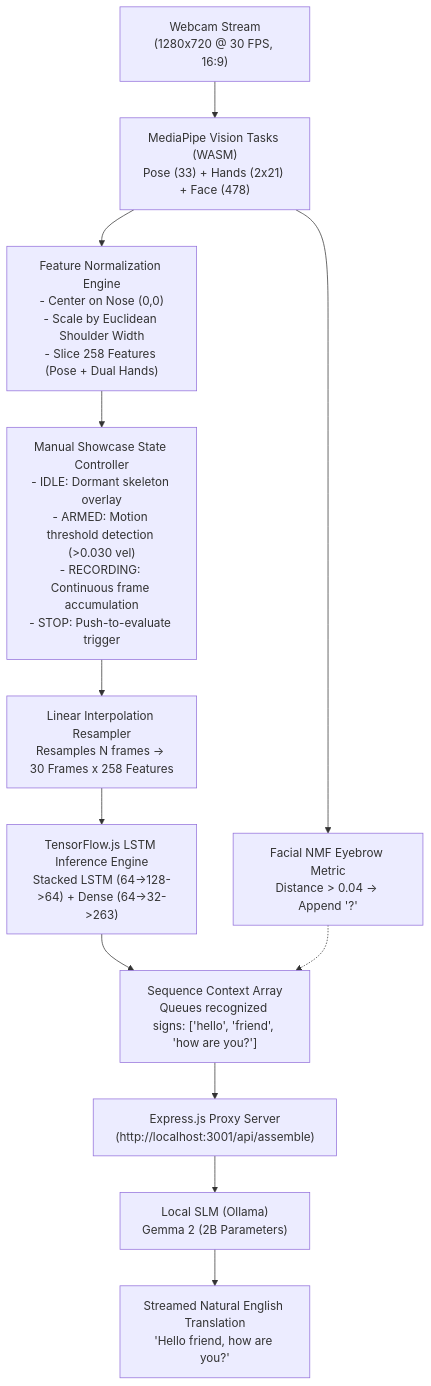
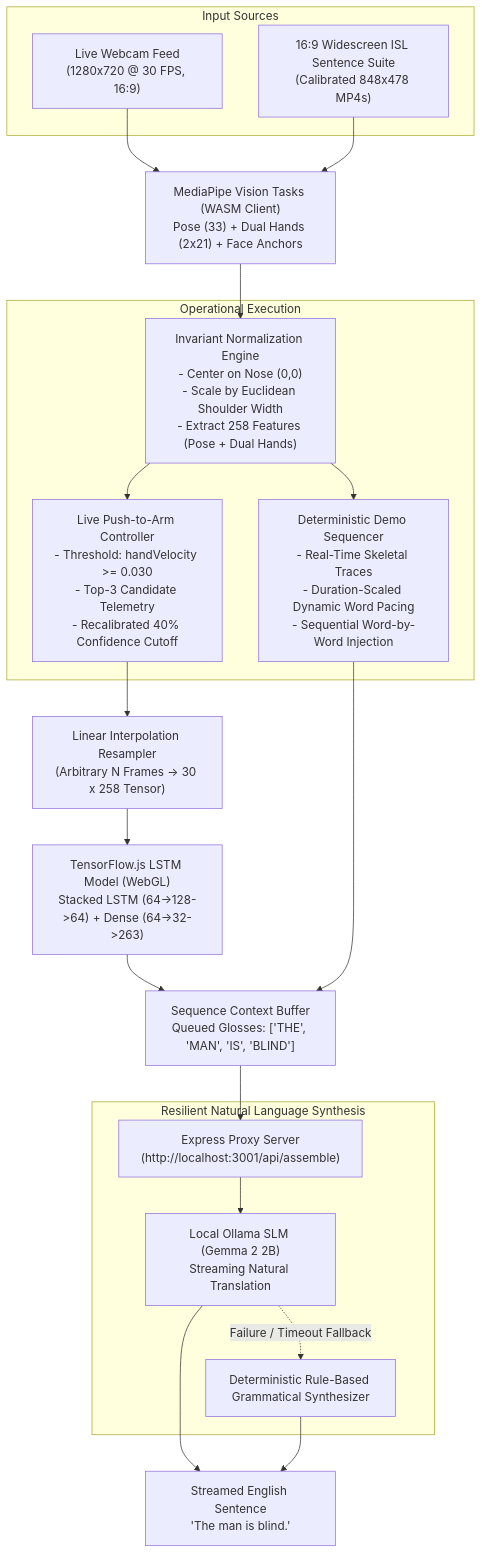
The diagram in README.md (ujjwal-tiwari3039/Sanket-ISL-translator), drawn with Mermaid before and after one commit. The commit also changed other lines of this file and 21 other files, not shown here.

````diff
--- a/README.md
+++ b/README.md
@@ -30,23 +34,33 @@
 ```mermaid
 flowchart TD
-    A["Webcam Stream\n(1280x720 @ 30 FPS, 16:9)"] --> B["MediaPipe Vision Tasks (WASM)\nPose (33) + Hands (2x21) + Face (478)"]
-    
-    B --> C["Feature Normalization Engine\n- Center on Nose (0,0)\n- Scale by Euclidean Shoulder Width\n- Slice 258 Features (Pose + Dual Hands)"]
-    
-    C --> D["Manual Showcase State Controller\n- IDLE: Dormant skeleton overlay\n- ARMED: Motion threshold detection (>0.030 vel)\n- RECORDING: Continuous frame accumulation\n- STOP: Push-to-evaluate trigger"]
-    
-    D --> E["Linear Interpolation Resampler\nResamples N frames -> 30 Frames x 258 Features"]
-    
-    E --> F["TensorFlow.js LSTM Inference Engine\nStacked LSTM (64->128->64) + Dense (64->32->263)"]
-    
-    B --> G["Facial NMF Eyebrow Metric\nDistance > 0.04 -> Append '?'"]
-    
-    F --> H["Sequence Context Array\nQueues recognized signs: ['hello', 'friend', 'how are you?']"]
-    G -.-> H
-    
-    H --> I["Express.js Proxy Server\n(http://localhost:3001/api/assemble)"]
-    
-    I --> J["Local SLM (Ollama)\nGemma 2 (2B Parameters)"]
-    
-    J --> K["Streamed Natural English Translation\n'Hello friend, how are you?'"]
+    subgraph Input Sources
+        A1["Live Webcam Feed\n(1280x720 @ 30 FPS, 16:9)"]
+        A2["16:9 Widescreen ISL Sentence Suite\n(Calibrated 848x478 MP4s)"]
+    end
+
+    A1 --> B["MediaPipe Vision Tasks (WASM Client)\nPose (33) + Dual Hands (2x21) + Face Anchors"]
+    A2 --> B
+
+    B --> C["Invariant Normalization Engine\n- Center on Nose (0,0)\n- Scale by Euclidean Shoulder Width\n- Extract 258 Features (Pose + Dual Hands)"]
+
+    subgraph Operational Execution
+        C --> D1["Live Push-to-Arm Controller\n- Threshold: handVelocity >= 0.030\n- Top-3 Candidate Telemetry\n- Recalibrated 40% Confidence Cutoff"]
+        C --> D2["Deterministic Demo Sequencer\n- Real-Time Skeletal Traces\n- Duration-Scaled Dynamic Word Pacing\n- Sequential Word-by-Word Injection"]
+    end
+
+    D1 --> E["Linear Interpolation Resampler\n(Arbitrary N Frames -> 30 x 258 Tensor)"]
+    E --> F["TensorFlow.js LSTM Model (WebGL)\nStacked LSTM (64->128->64) + Dense (64->32->263)"]
+
+    F --> G["Sequence Context Buffer\nQueued Glosses: ['THE', 'MAN', 'IS', 'BLIND']"]
+    D2 --> G
+
+    G --> H["Express Proxy Server\n(http://localhost:3001/api/assemble)"]
+
+    subgraph Resilient Natural Language Synthesis
+        H --> I["Local Ollama SLM (Gemma 2 2B)\nStreaming Natural Translation"]
+        I -.->|Failure / Timeout Fallback| J["Deterministic Rule-Based Grammatical Synthesizer"]
+    end
+
+    I --> K["Streamed English Sentence\n'The man is blind.'"]
+    J --> K
 ```
````
